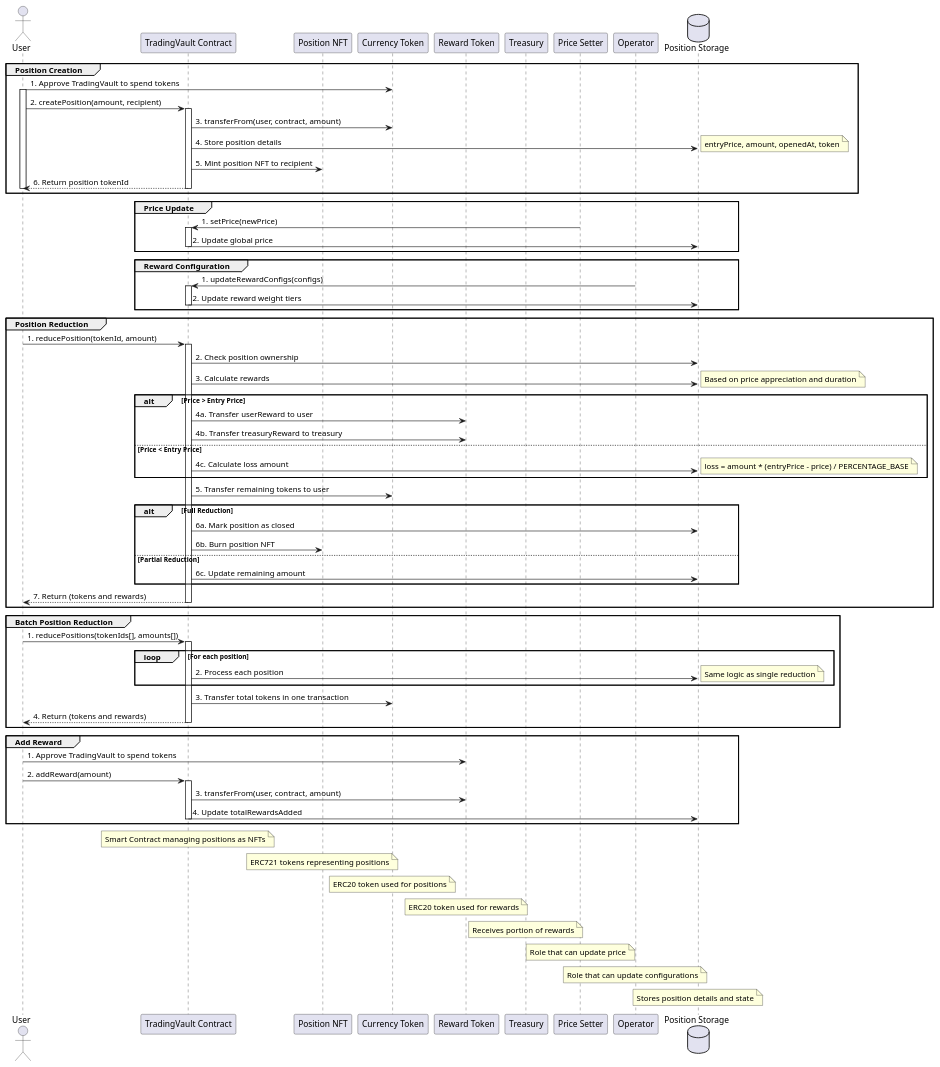
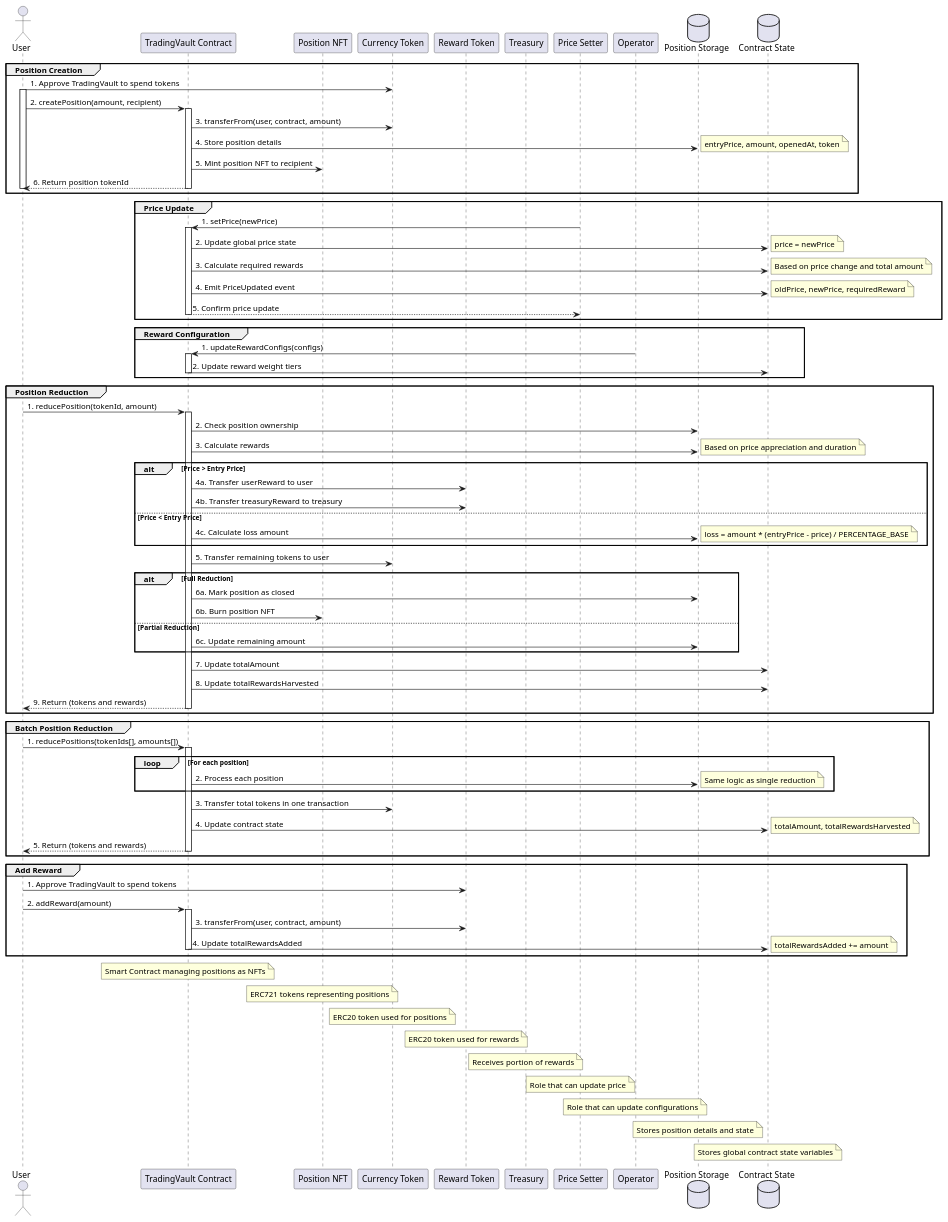
One commit to nierdna/hermit-diagrams changed the diagram in trading_vault_flow_sequence.wsd. Above: the diagram before and after it, drawn with PlantUML.

Commit message:
Enhance TradingVault sequence diagram with dedicated ContractState component
Refactor the sequence diagram to introduce a new ContractState database that:
- Manages global contract state variables
- Tracks price updates and reward calculations
- Centralizes state management for position and reward tracking
- Provides clearer separation of concerns in the system architecture

```diff
--- a/trading_vault_flow_sequence.wsd
+++ b/trading_vault_flow_sequence.wsd
@@ -1,124 +1,143 @@
 @startuml TradingVault User Flow Sequence
 
 ' Define participants
 actor User
 participant "TradingVault Contract" as TradingVault
 participant "Position NFT" as NFT
 participant "Currency Token" as Currency
 participant "Reward Token" as RewardToken
 participant "Treasury" as Treasury
 participant "Price Setter" as PriceSetter
 participant "Operator" as Operator
 database "Position Storage" as PositionStorage
+database "Contract State" as ContractState
 
 ' Style
 skinparam sequence {
     ParticipantBackgroundColor LightBlue
     ActorBackgroundColor LightGreen
     DatabaseBackgroundColor LightPink
     LifeLineColor Gray
     BorderColor Black
 }
 
 ' Position Creation Flow
 group Position Creation
     User -> Currency: 1. Approve TradingVault to spend tokens
     activate User
     
     User -> TradingVault: 2. createPosition(amount, recipient)
     activate TradingVault
     
     TradingVault -> Currency: 3. transferFrom(user, contract, amount)
     TradingVault -> PositionStorage: 4. Store position details
     note right: entryPrice, amount, openedAt, token
     
     TradingVault -> NFT: 5. Mint position NFT to recipient
     TradingVault --> User: 6. Return position tokenId
     deactivate TradingVault
     deactivate User
 end
 
 ' Price Update Flow
 group Price Update
     PriceSetter -> TradingVault: 1. setPrice(newPrice)
     activate TradingVault
-    TradingVault -> PositionStorage: 2. Update global price
+    
+    TradingVault -> ContractState: 2. Update global price state
+    note right: price = newPrice
+    
+    TradingVault -> ContractState: 3. Calculate required rewards
+    note right: Based on price change and total amount
+    
+    TradingVault -> ContractState: 4. Emit PriceUpdated event
+    note right: oldPrice, newPrice, requiredReward
+    
+    TradingVault --> PriceSetter: 5. Confirm price update
     deactivate TradingVault
 end
 
 ' Reward Configuration Flow
 group Reward Configuration
     Operator -> TradingVault: 1. updateRewardConfigs(configs)
     activate TradingVault
-    TradingVault -> PositionStorage: 2. Update reward weight tiers
+    TradingVault -> ContractState: 2. Update reward weight tiers
     deactivate TradingVault
 end
 
 ' Position Reduction Flow
 group Position Reduction
     User -> TradingVault: 1. reducePosition(tokenId, amount)
     activate TradingVault
     
     TradingVault -> PositionStorage: 2. Check position ownership
     TradingVault -> PositionStorage: 3. Calculate rewards
     note right: Based on price appreciation and duration
     
     alt Price > Entry Price
         TradingVault -> RewardToken: 4a. Transfer userReward to user
         TradingVault -> RewardToken: 4b. Transfer treasuryReward to treasury
     else Price < Entry Price
         TradingVault -> PositionStorage: 4c. Calculate loss amount
         note right: loss = amount * (entryPrice - price) / PERCENTAGE_BASE
     end
     
     TradingVault -> Currency: 5. Transfer remaining tokens to user
     
     alt Full Reduction
         TradingVault -> PositionStorage: 6a. Mark position as closed
         TradingVault -> NFT: 6b. Burn position NFT
     else Partial Reduction
         TradingVault -> PositionStorage: 6c. Update remaining amount
     end
     
-    TradingVault --> User: 7. Return (tokens and rewards)
+    TradingVault -> ContractState: 7. Update totalAmount
+    TradingVault -> ContractState: 8. Update totalRewardsHarvested
+    
+    TradingVault --> User: 9. Return (tokens and rewards)
     deactivate TradingVault
 end
 
 ' Batch Position Reduction Flow
 group Batch Position Reduction
     User -> TradingVault: 1. reducePositions(tokenIds[], amounts[])
     activate TradingVault
     
     loop For each position
         TradingVault -> PositionStorage: 2. Process each position
         note right: Same logic as single reduction
     end
     
     TradingVault -> Currency: 3. Transfer total tokens in one transaction
-    TradingVault --> User: 4. Return (tokens and rewards)
+    TradingVault -> ContractState: 4. Update contract state
+    note right: totalAmount, totalRewardsHarvested
+    
+    TradingVault --> User: 5. Return (tokens and rewards)
     deactivate TradingVault
 end
 
 ' Add Reward Flow
 group Add Reward
     User -> RewardToken: 1. Approve TradingVault to spend tokens
     User -> TradingVault: 2. addReward(amount)
     activate TradingVault
     
     TradingVault -> RewardToken: 3. transferFrom(user, contract, amount)
-    TradingVault -> PositionStorage: 4. Update totalRewardsAdded
+    TradingVault -> ContractState: 4. Update totalRewardsAdded
+    note right: totalRewardsAdded += amount
     
     deactivate TradingVault
 end
 
 ' Add notes
 note over TradingVault: Smart Contract managing positions as NFTs
 note over NFT: ERC721 tokens representing positions
 note over Currency: ERC20 token used for positions
 note over RewardToken: ERC20 token used for rewards
 note over Treasury: Receives portion of rewards
 note over PriceSetter: Role that can update price
 note over Operator: Role that can update configurations
 note over PositionStorage: Stores position details and state
+note over ContractState: Stores global contract state variables
 
 @enduml 
```
